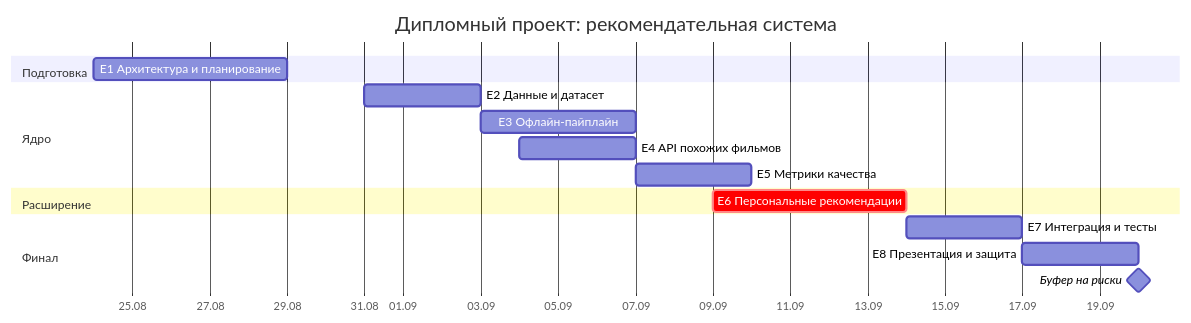
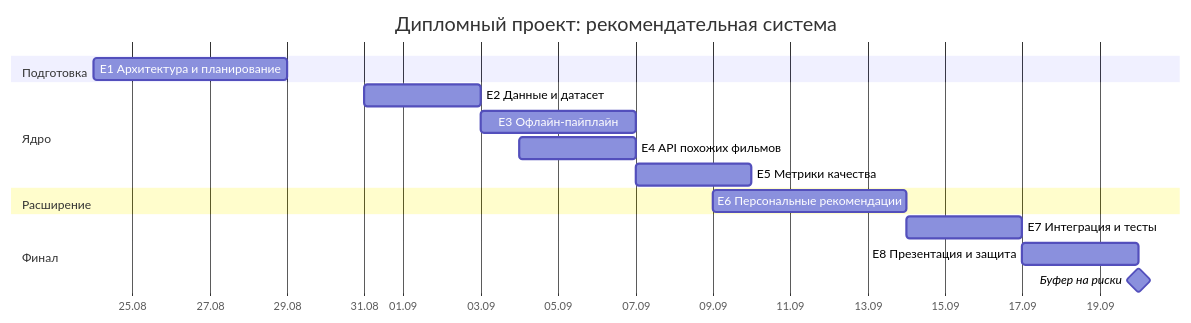
Before and after one commit to ruslan4432013/practix-cinema: the third of 3 diagrams in docs/diploma-plan.md, drawn with Mermaid. The commit also changed other lines of this file and 6 other files, not shown here.

````diff
--- a/docs/diploma-plan.md
+++ b/docs/diploma-plan.md
@@ -125,19 +125,19 @@
 ```mermaid
 gantt
     title Дипломный проект: рекомендательная система
     dateFormat YYYY-MM-DD
     axisFormat %d.%m
     section Подготовка
     E1 Архитектура и планирование   :e1, 2026-08-24, 5d
     section Ядро
     E2 Данные и датасет             :e2, 2026-08-31, 3d
     E3 Офлайн-пайплайн              :e3, after e2, 4d
     E4 API похожих фильмов          :e4, 2026-09-04, 3d
     E5 Метрики качества             :e5, 2026-09-07, 3d
     section Расширение
-    E6 Персональные рекомендации    :crit, e6, 2026-09-09, 5d
+    E6 Персональные рекомендации    :e6, 2026-09-09, 5d
     section Финал
     E7 Интеграция и тесты           :e7, 2026-09-14, 3d
     E8 Презентация и защита         :e8, 2026-09-17, 3d
     Буфер на риски                  :milestone, 2026-09-20, 0d
 ```
````
